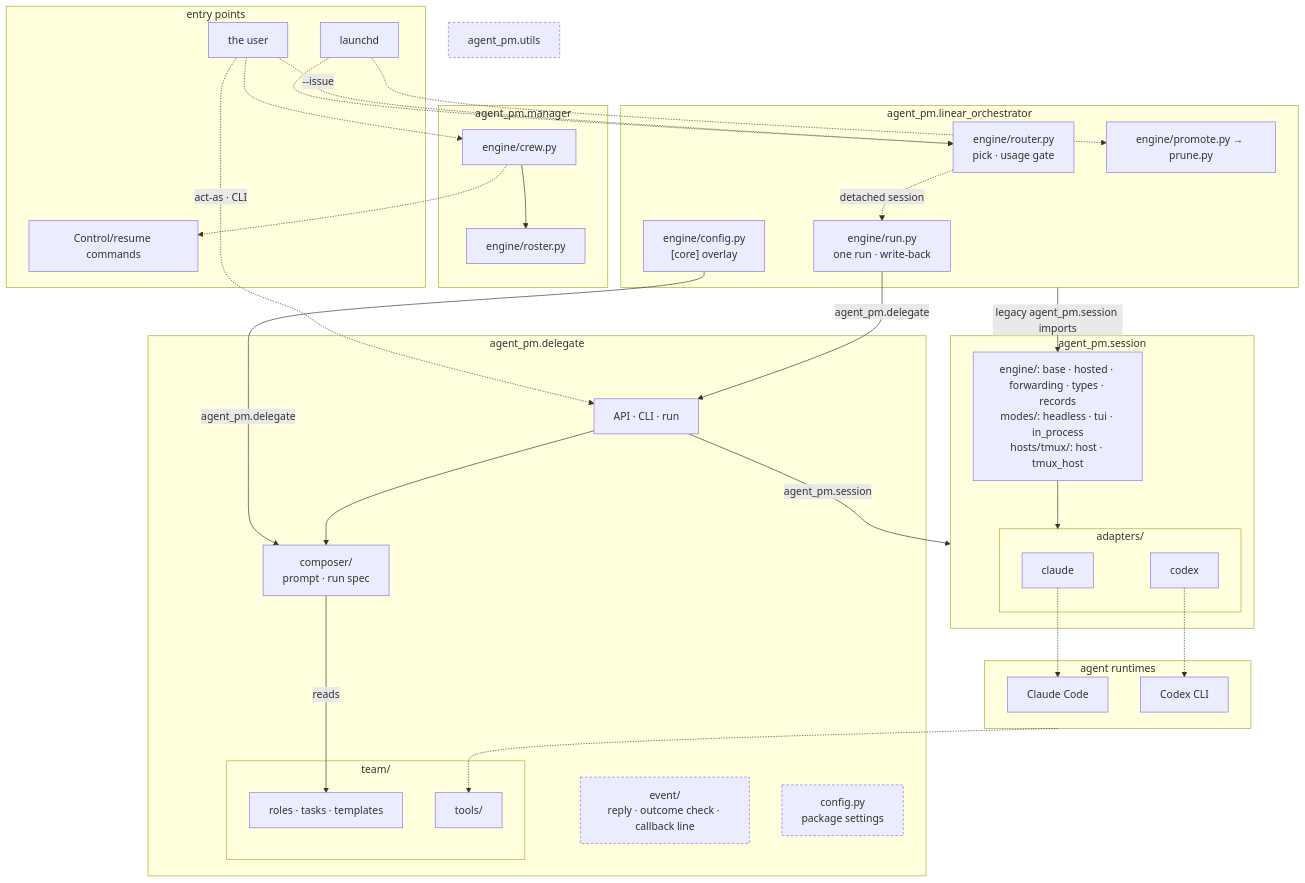
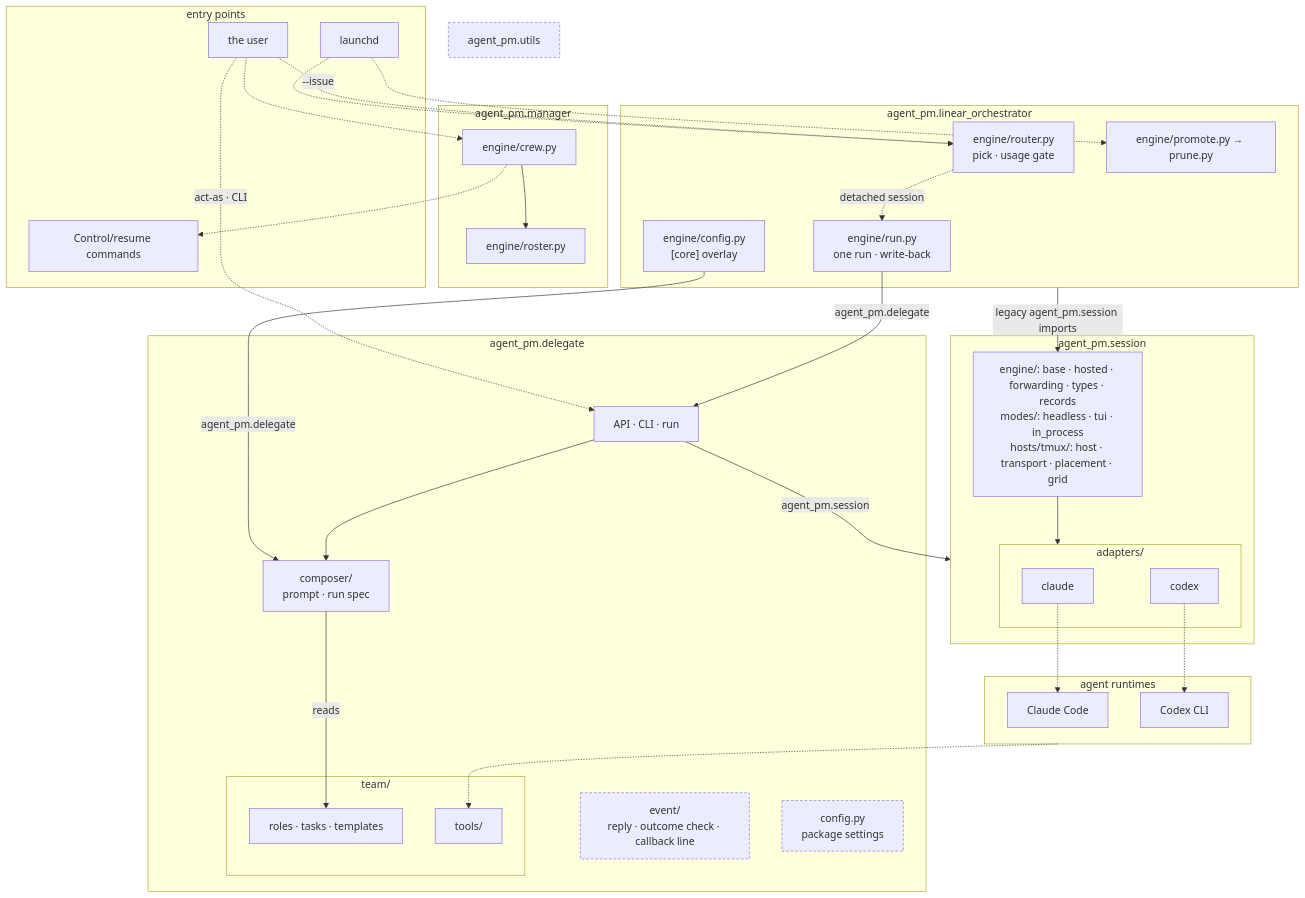
One commit to ophis/agent-pm changed the second of 4 diagrams in README.md. Above: the diagram before and after it, drawn with Mermaid. The commit also changed other lines of this file and 107 other files, not shown here.

First line of the commit message:
TASK-396: TmuxHost finish: show, @grid-busy, tmux_host fold, hook typing, interface freeze (#220)

````diff
--- a/README.md
+++ b/README.md
@@ -18,57 +18,57 @@
 ```mermaid
 flowchart TB
   subgraph EN[entry points]
     LD[launchd]
     HU[the user]
     CC[Control/resume commands]
   end
   subgraph MG[agent_pm.manager]
     W["engine/crew.py"] --> RS["engine/roster.py"]
   end
   subgraph LO[agent_pm.linear_orchestrator]
     R["engine/router.py<br>pick · usage gate"]
     RU["engine/run.py<br>one run · write-back"]
     PP["engine/promote.py → prune.py"]
     LC["engine/config.py<br>[core] overlay"]
   end
   subgraph DL[agent_pm.delegate]
     D["API · CLI · run"]
     C["composer/<br>prompt · run spec"]
     EV["event/<br>reply · outcome check · callback line"]
     CF["config.py<br>package settings"]
     subgraph TM[team/]
       T["roles · tasks · templates"]
       AT[tools/]
     end
   end
   subgraph SE[agent_pm.session]
-    DR["engine/: base · hosted · forwarding · types · records<br>modes/: headless · tui · in_process<br>hosts/tmux/: host · tmux_host"]
+    DR["engine/: base · hosted · forwarding · types · records<br>modes/: headless · tui · in_process<br>hosts/tmux/: host · transport · placement · grid"]
     subgraph AD[adapters/]
       CL[claude]
       CX[codex]
     end
   end
   U[agent_pm.utils]
   subgraph RT[agent runtimes]
     P1[Claude Code]
     P2[Codex CLI]
   end
   LD -.-> R & PP
   HU -.->|"--issue"| R
   HU -.->|"act-as · CLI"| D
   HU -.-> W
   R -.->|detached session| RU
   RU -->|agent_pm.delegate| D
   LC -->|agent_pm.delegate| C
   LO -->|"legacy agent_pm.session imports"| DR
   W -.-> CC
   D --> C
   D -->|agent_pm.session| SE
   C -->|reads| T
   DR --> AD
   CL -.-> P1
   CX -.-> P2
   RT -.-> AT
   classDef shared stroke-dasharray: 4 3
   class EV,U,CF shared
 ```
````
